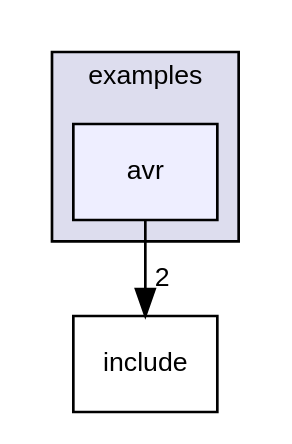
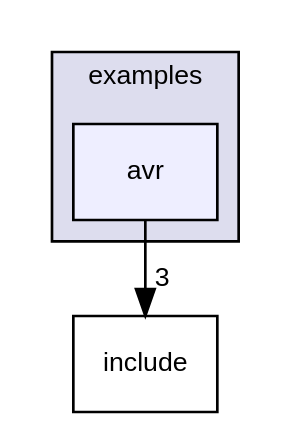
Before and after one commit to CTXz/TinyWS2812: the diagram in docs/dir_dcc73ae8d9017409f9960a071b395d53_dep.dot, drawn with Graphviz. The commit also changed 99 other files, not shown here.

```diff
--- a/docs/dir_dcc73ae8d9017409f9960a071b395d53_dep.dot
+++ b/docs/dir_dcc73ae8d9017409f9960a071b395d53_dep.dot
@@ -1,11 +1,11 @@
 digraph "examples/avr" {
   compound=true
   node [ fontsize="10", fontname="Helvetica"];
   edge [ labelfontsize="10", labelfontname="Helvetica"];
   subgraph clusterdir_d28a4824dc47e487b107a5db32ef43c4 {
     graph [ bgcolor="#ddddee", pencolor="black", label="examples" fontname="Helvetica", fontsize="10", URL="dir_d28a4824dc47e487b107a5db32ef43c4.html"]
   dir_dcc73ae8d9017409f9960a071b395d53 [shape=box, label="avr", style="filled", fillcolor="#eeeeff", pencolor="black", URL="dir_dcc73ae8d9017409f9960a071b395d53.html"];
   }
   dir_d44c64559bbebec7f509842c48db8b23 [shape=box label="include" URL="dir_d44c64559bbebec7f509842c48db8b23.html"];
-  dir_dcc73ae8d9017409f9960a071b395d53->dir_d44c64559bbebec7f509842c48db8b23 [headlabel="2", labeldistance=1.5 headhref="dir_000002_000003.html"];
+  dir_dcc73ae8d9017409f9960a071b395d53->dir_d44c64559bbebec7f509842c48db8b23 [headlabel="3", labeldistance=1.5 headhref="dir_000002_000003.html"];
 }
```
